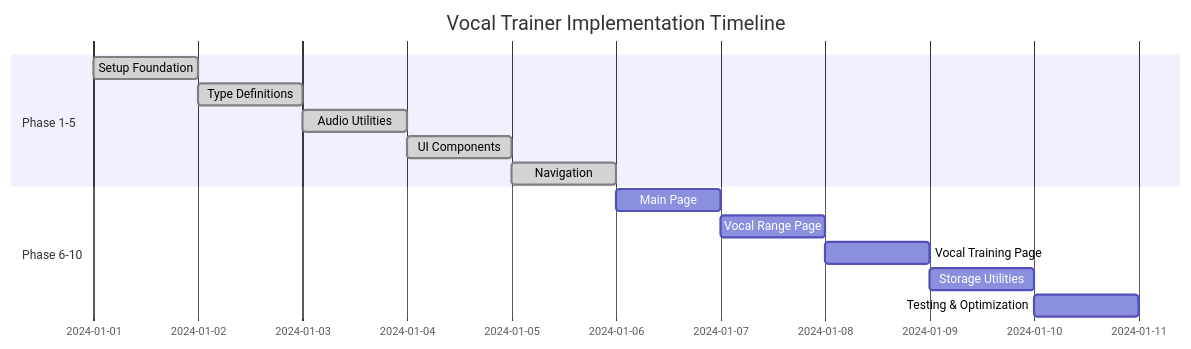
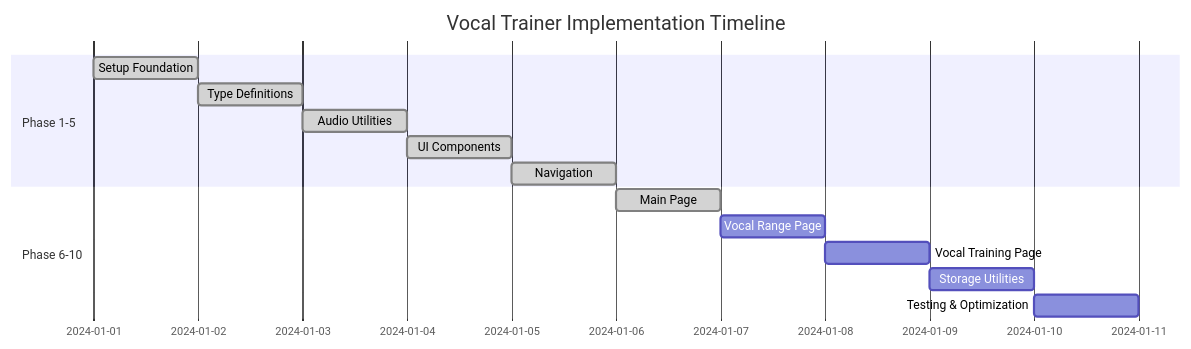
One commit to rayinailham/vocal-trainer changed the diagram in vocal-trainer-phase-plan.md. Above: the diagram before and after it, drawn with Mermaid. The commit also changed other lines of this file and 2 other files, not shown here.

````diff
--- a/vocal-trainer-phase-plan.md
+++ b/vocal-trainer-phase-plan.md
@@ -324,18 +324,18 @@
 ```mermaid
 gantt
     title Vocal Trainer Implementation Timeline
     dateFormat  YYYY-MM-DD
     section Phase 1-5
     Setup Foundation        :done, phase1, 2024-01-01, 1d
     Type Definitions        :done, phase2, after phase1, 1d
     Audio Utilities         :done, phase3, after phase2, 1d
     UI Components           :done, phase4, after phase3, 1d
     Navigation              :done, phase5, after phase4, 1d
     
     section Phase 6-10
-    Main Page               :phase6, after phase5, 1d
+    Main Page               :done, phase6, after phase5, 1d
     Vocal Range Page        :phase7, after phase6, 1d
     Vocal Training Page     :phase8, after phase7, 1d
     Storage Utilities       :phase9, after phase8, 1d
     Testing & Optimization  :phase10, after phase9, 1d
 ```
````
